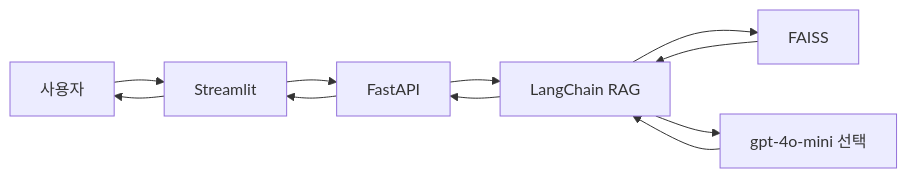
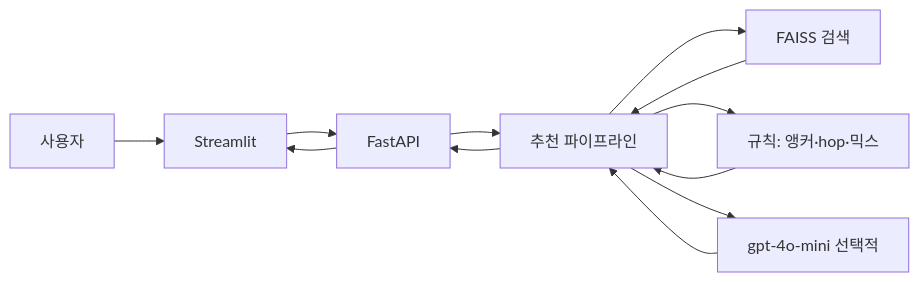
The diagram in README.md (DaGoMi1/busan-trip-rag), drawn with Mermaid before and after one commit. The commit also changed other lines of this file and 2 other files, not shown here.

````diff
--- a/README.md
+++ b/README.md
@@ -38,13 +68,14 @@
 ```mermaid
 flowchart LR
     User["사용자"] --> Streamlit["Streamlit"]
     Streamlit --> FastAPI["FastAPI"]
-    FastAPI --> RAG["LangChain RAG"]
-    RAG --> FAISS["FAISS"]
-    RAG --> LLM["gpt-4o-mini 선택"]
-    FAISS --> RAG
-    LLM --> RAG
-    RAG --> FastAPI
+    FastAPI --> Pipeline["추천 파이프라인"]
+    Pipeline --> FAISS["FAISS 검색"]
+    Pipeline --> Rules["규칙: 앵커·hop·믹스"]
+    Pipeline --> LLM["gpt-4o-mini 선택적"]
+    FAISS --> Pipeline
+    Rules --> Pipeline
+    LLM --> Pipeline
+    Pipeline --> FastAPI
     FastAPI --> Streamlit
-    Streamlit --> User
 ```
````
